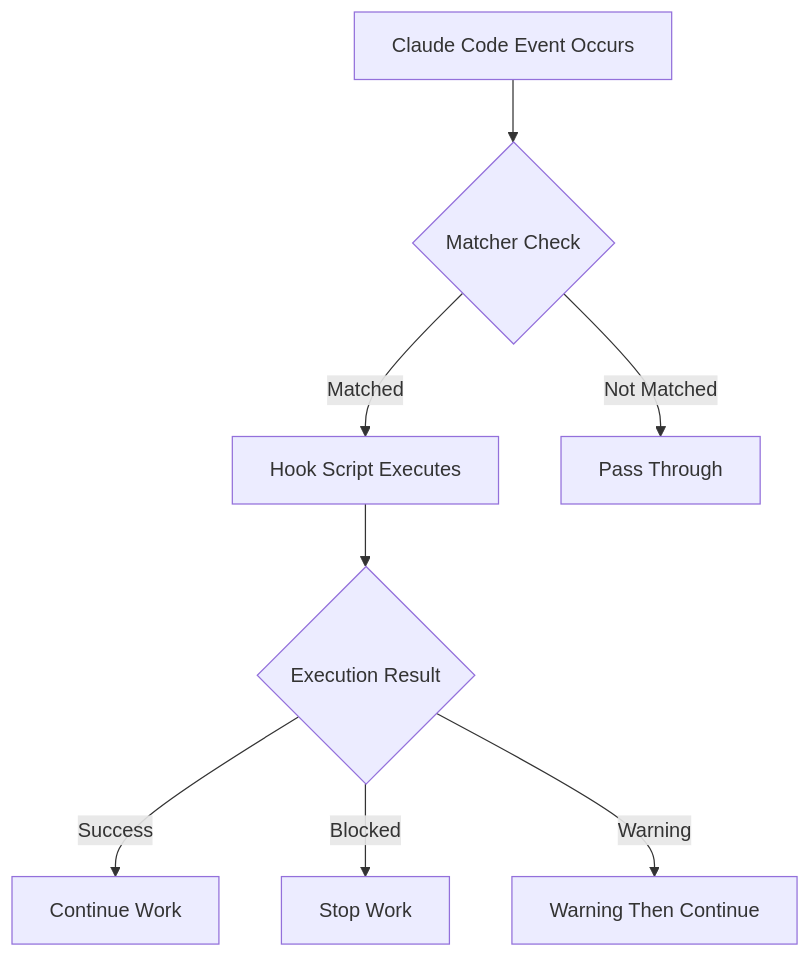
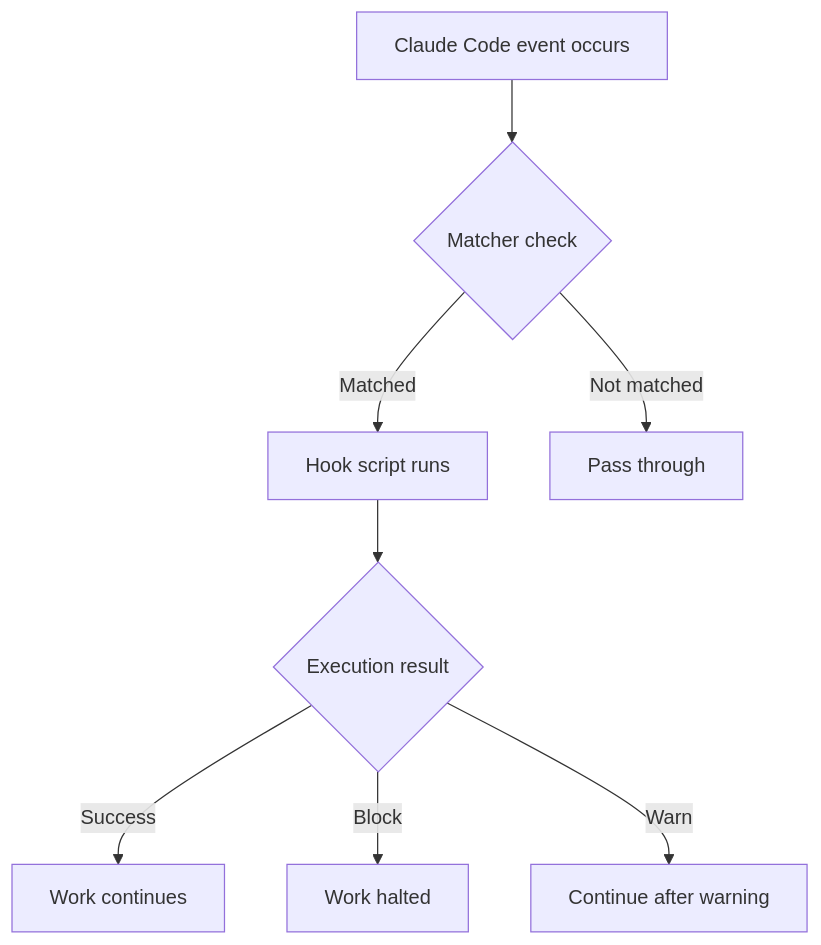
One commit to modu-ai/moai-adk changed the first of 2 diagrams in docs-site/content/en/advanced/hooks-guide.md. Above: the diagram before and after it, drawn with Mermaid. The commit also changed other lines of this file and 395 other files, not shown here.

````diff
--- a/docs-site/content/en/advanced/hooks-guide.md
+++ b/docs-site/content/en/advanced/hooks-guide.md
@@ -19,12 +19,12 @@
 ```mermaid
 flowchart TD
-    EVENT["Claude Code Event Occurs"] --> MATCH{Matcher Check}
+    EVENT["Claude Code event occurs"] --> MATCH{Matcher check}
 
-    MATCH -->|Matched| HOOK["Hook Script Executes"]
-    MATCH -->|Not Matched| SKIP["Pass Through"]
+    MATCH -->|Matched| HOOK["Hook script runs"]
+    MATCH -->|Not matched| SKIP["Pass through"]
 
-    HOOK --> RESULT{Execution Result}
-    RESULT -->|Success| CONTINUE["Continue Work"]
-    RESULT -->|Blocked| BLOCK["Stop Work"]
-    RESULT -->|Warning| WARN["Warning Then Continue"]
+    HOOK --> RESULT{Execution result}
+    RESULT -->|Success| CONTINUE["Work continues"]
+    RESULT -->|Block| BLOCK["Work halted"]
+    RESULT -->|Warn| WARN["Continue after warning"]
 ```
````
